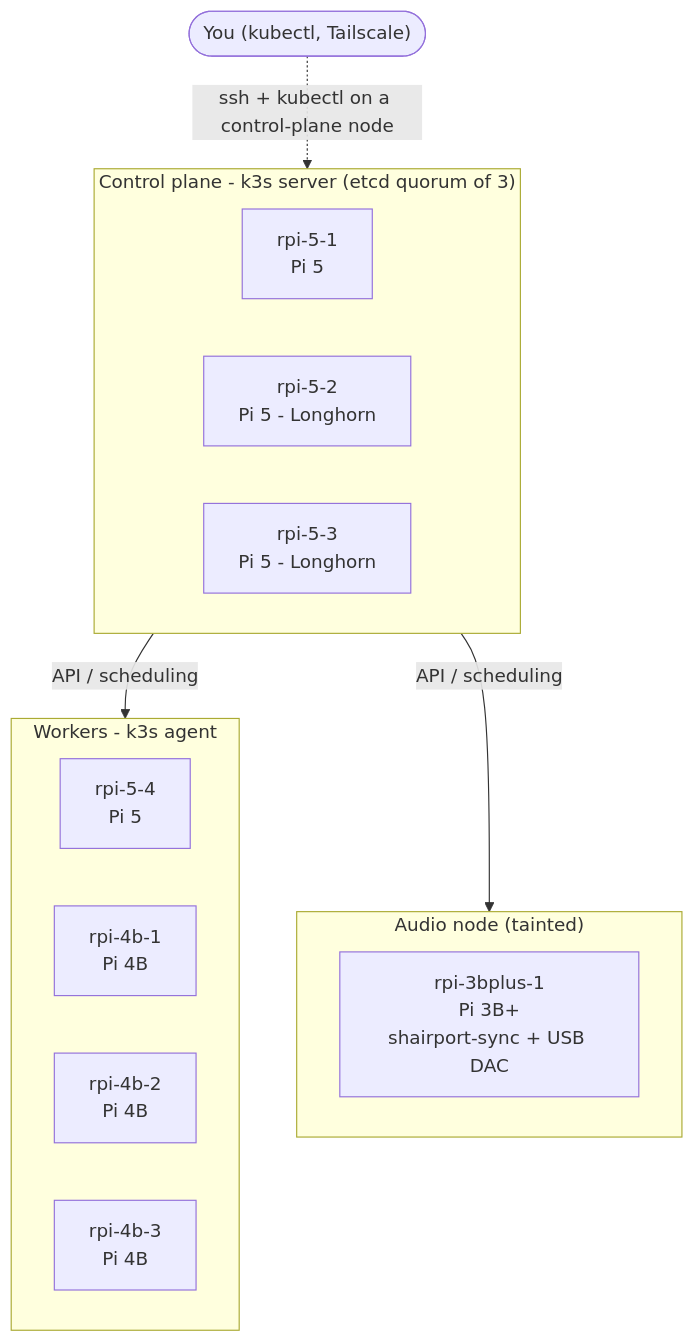
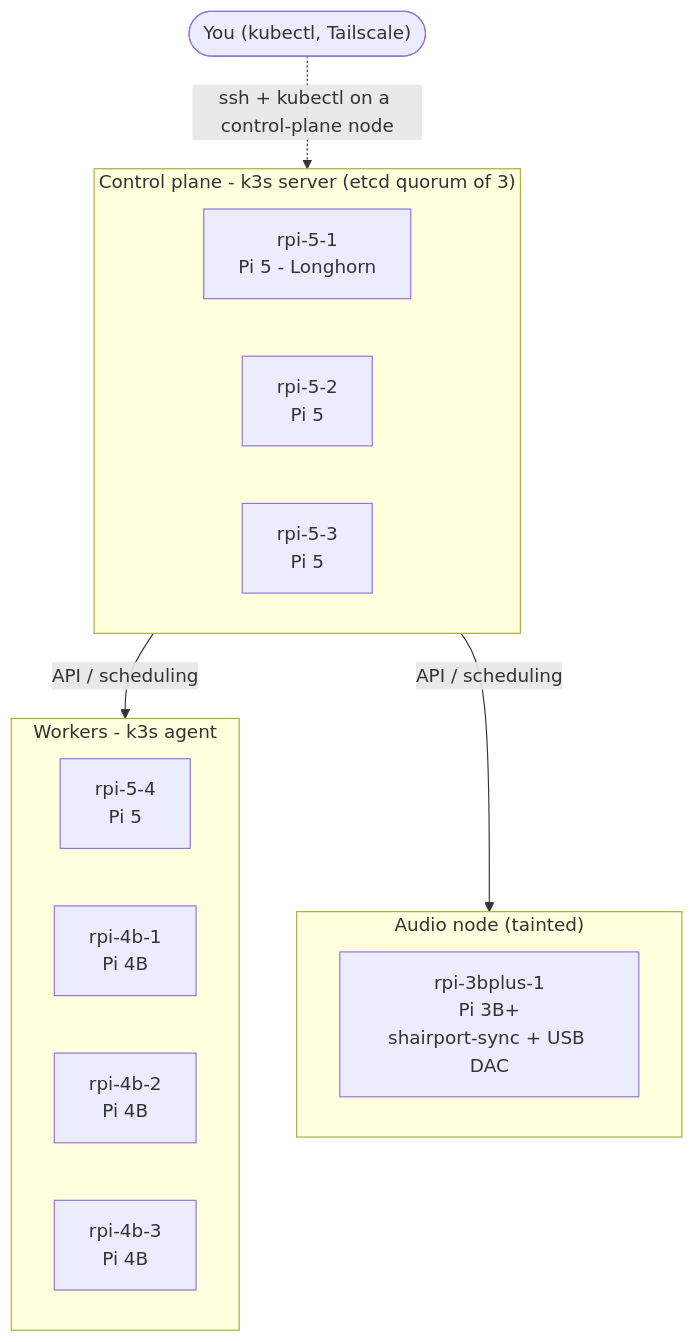
Before and after one commit to joshdurbin/home-pi-infrastructure: the first of 2 diagrams in README.md, drawn with Mermaid. The commit also changed other lines of this file and 9 other files, not shown here.

Commit message:
Move Longhorn storage to rpi-5-1 and the new rpi-5-5 (256GiB each via disk-config annotation); add rpi-5-5 as an agent

````diff
--- a/README.md
+++ b/README.md
@@ -25,20 +25,20 @@
 ```mermaid
 flowchart TB
   subgraph cp["Control plane - k3s server (etcd quorum of 3)"]
-    n1["rpi-5-1<br/>Pi 5"]
-    n2["rpi-5-2<br/>Pi 5 - Longhorn"]
-    n3["rpi-5-3<br/>Pi 5 - Longhorn"]
+    n1["rpi-5-1<br/>Pi 5 - Longhorn"]
+    n2["rpi-5-2<br/>Pi 5"]
+    n3["rpi-5-3<br/>Pi 5"]
   end
   subgraph wk["Workers - k3s agent"]
     n4["rpi-5-4<br/>Pi 5"]
     b1["rpi-4b-1<br/>Pi 4B"]
     b2["rpi-4b-2<br/>Pi 4B"]
     b3["rpi-4b-3<br/>Pi 4B"]
   end
   subgraph au["Audio node (tainted)"]
     a1["rpi-3bplus-1<br/>Pi 3B+<br/>shairport-sync + USB DAC"]
   end
   cp -- "API / scheduling" --> wk
   cp -- "API / scheduling" --> au
   user(["You (kubectl, Tailscale)"]) -. "ssh + kubectl on a control-plane node" .-> cp
 ```
````
